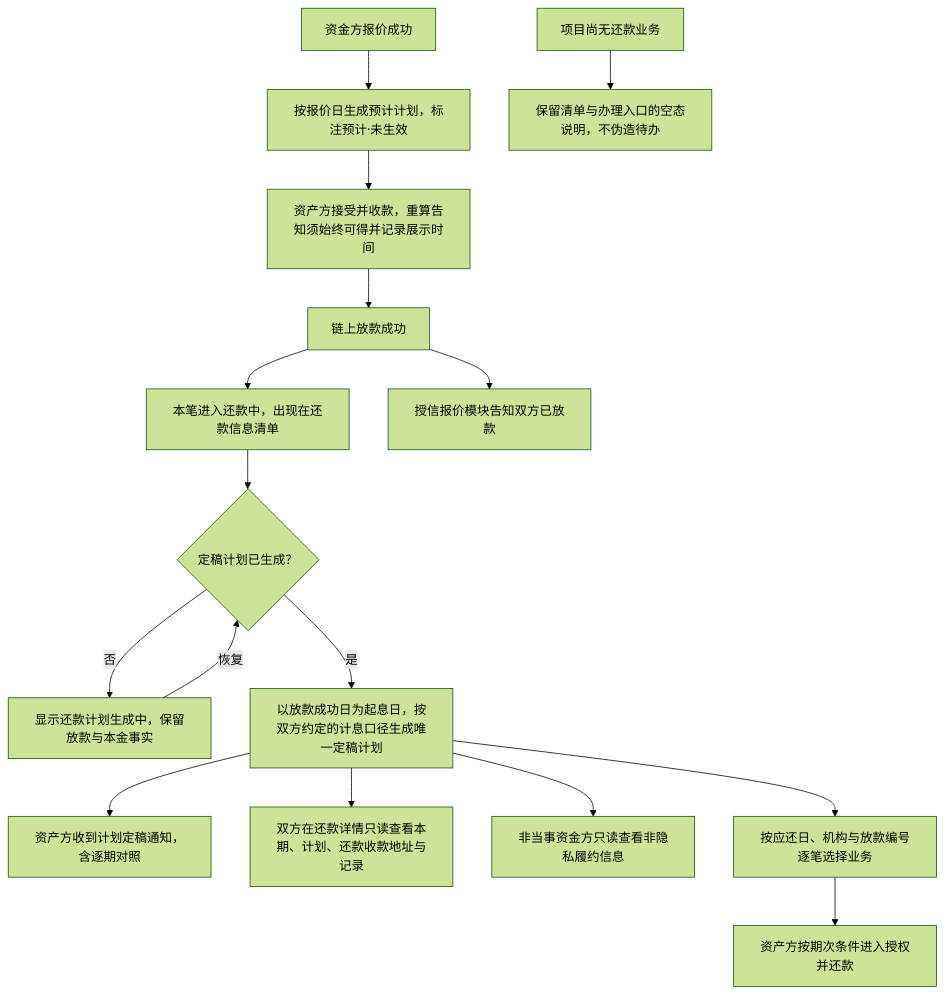
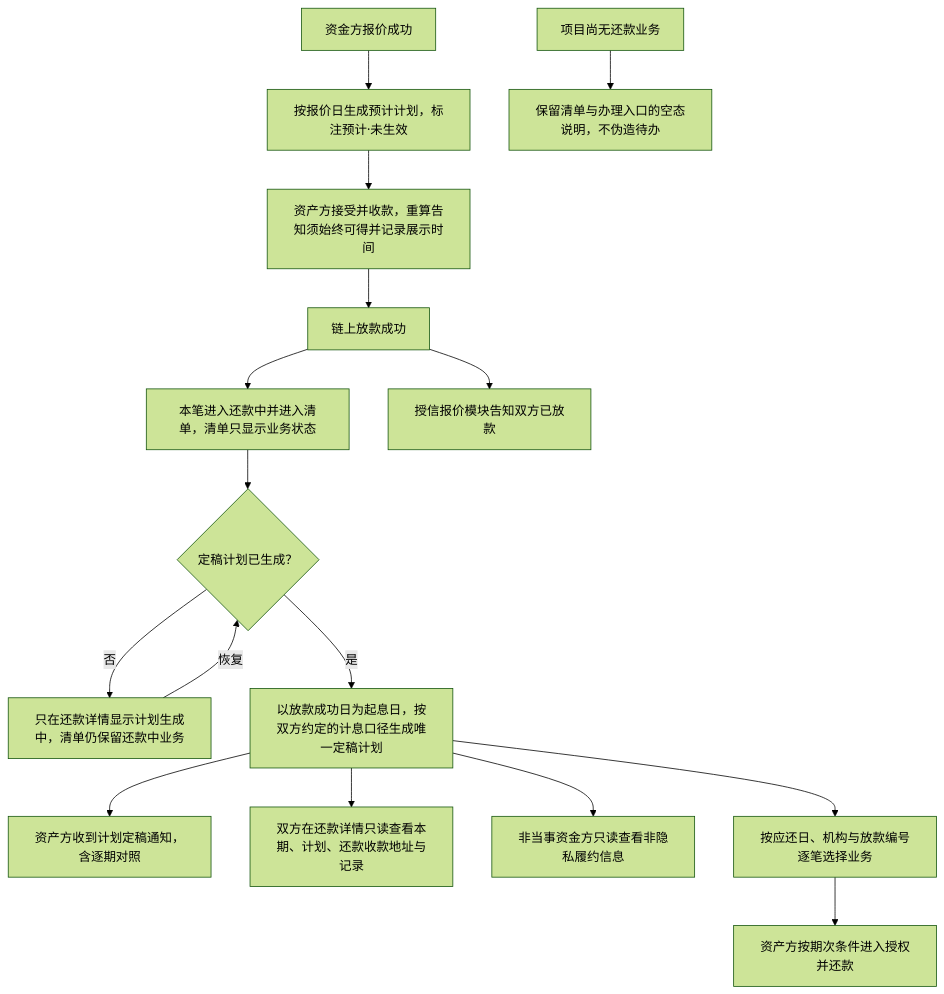
One commit to wxblockchain/Chain-Financing changed the first of 5 diagrams in lending-platform/PRD/面客端/08-借贷广场-链上还款/02-链上还款-流程图与状态机.md. Above: the diagram before and after it, drawn with Mermaid (forest theme). The commit also changed other lines of this file and 21 other files, not shown here.

````diff
--- a/lending-platform/PRD/面客端/08-借贷广场-链上还款/02-链上还款-流程图与状态机.md
+++ b/lending-platform/PRD/面客端/08-借贷广场-链上还款/02-链上还款-流程图与状态机.md
@@ -21,18 +21,18 @@
 ```mermaid
 flowchart TD
   A[资金方报价成功] --> B[按报价日生成预计计划，标注预计·未生效]
   B --> C[资产方接受并收款，重算告知须始终可得并记录展示时间]
   C --> D[链上放款成功]
-  D --> E[本笔进入还款中，出现在还款信息清单]
+  D --> E[本笔进入还款中并进入清单，清单只显示业务状态]
   D --> N[授信报价模块告知双方已放款]
   E --> F{定稿计划已生成？}
-  F -->|否| G[显示还款计划生成中，保留放款与本金事实]
+  F -->|否| G[只在还款详情显示计划生成中，清单仍保留还款中业务]
   G -->|恢复| F
   F -->|是| H[以放款成功日为起息日，按双方约定的计息口径生成唯一定稿计划]
   H --> I[资产方收到计划定稿通知，含逐期对照]
   H --> J[双方在还款详情只读查看本期、计划、还款收款地址与记录]
   H --> V[非当事资金方只读查看非隐私履约信息]
   H --> K[按应还日、机构与放款编号逐笔选择业务]
   K --> L[资产方按期次条件进入授权并还款]
   P[项目尚无还款业务] --> Q[保留清单与办理入口的空态说明，不伪造待办]
 ```
````
